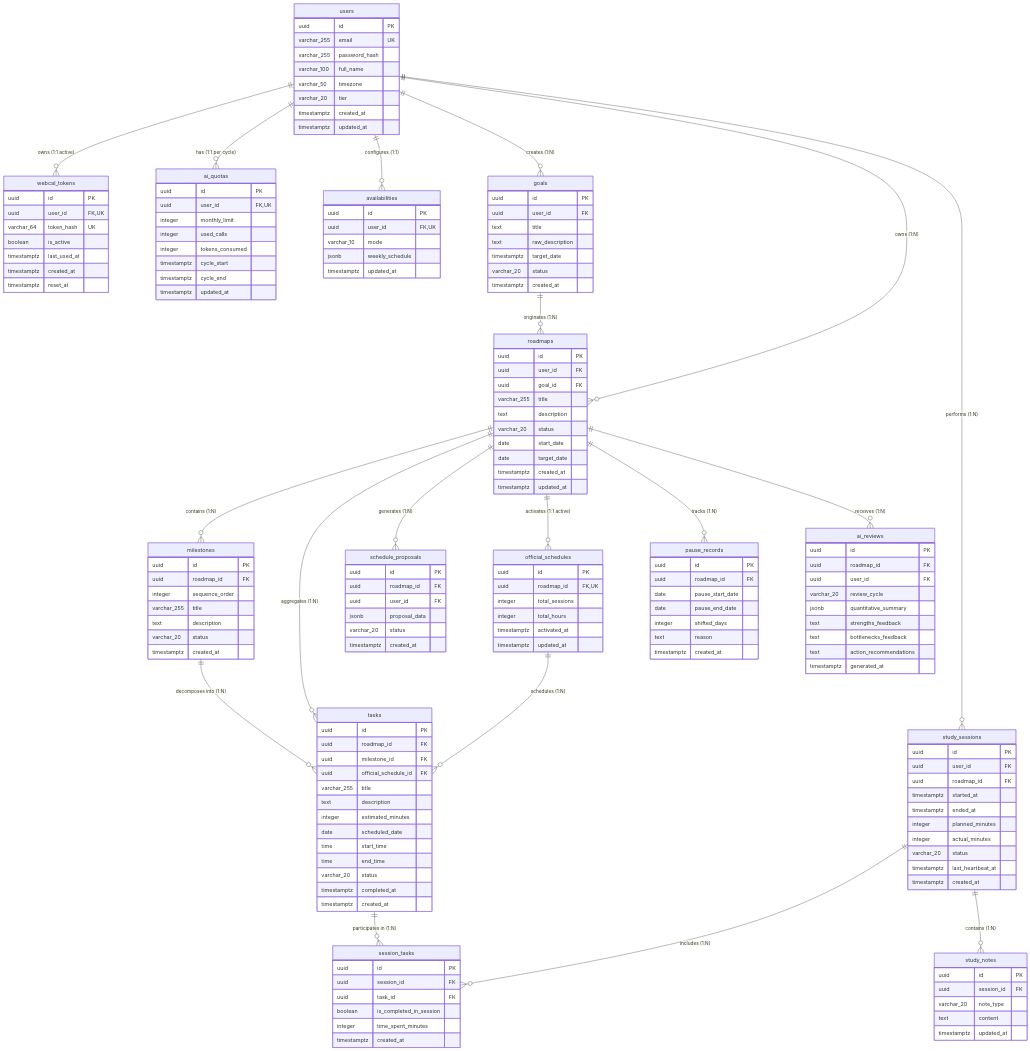
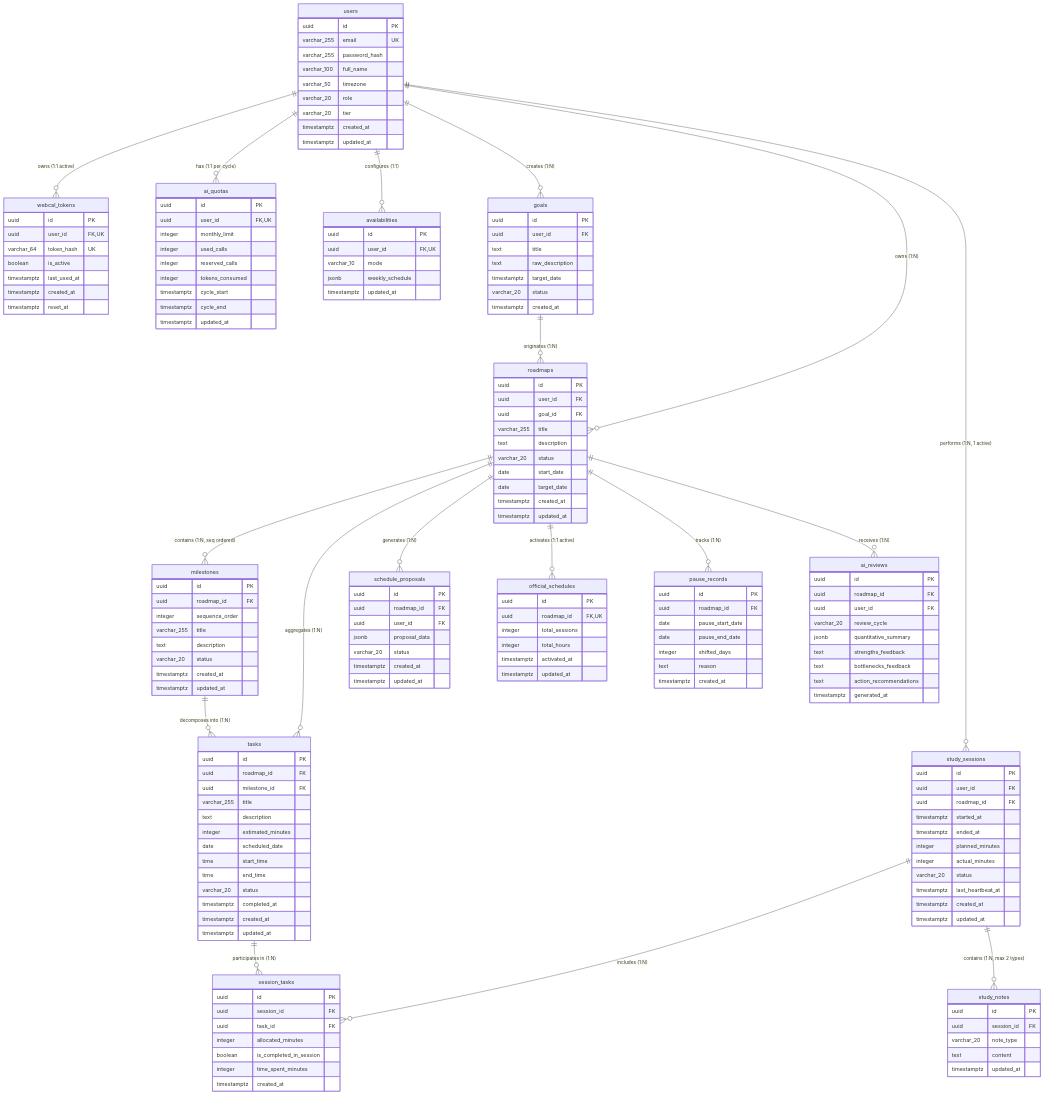
One commit to Coffat/FocusFlow changed the diagram in docs/database/database-schema-design.md. Above: the diagram before and after it, drawn with Mermaid. The commit also changed other lines of this file and 2 other files, not shown here.

First line of the commit message:
feat(database): normalize PostgreSQL 16 schema to 3NF/BCNF with TaskStatus and constraints

```diff
--- a/docs/database/database-schema-design.md
+++ b/docs/database/database-schema-design.md
@@ -65,11 +70,11 @@
     users ||--o{ availabilities : "configures (1:1)"
     users ||--o{ goals : "creates (1:N)"
     users ||--o{ roadmaps : "owns (1:N)"
-    users ||--o{ study_sessions : "performs (1:N)"
+    users ||--o{ study_sessions : "performs (1:N, 1 active)"
     
     goals ||--o{ roadmaps : "originates (1:N)"
     
-    roadmaps ||--o{ milestones : "contains (1:N)"
+    roadmaps ||--o{ milestones : "contains (1:N, seq ordered)"
     roadmaps ||--o{ tasks : "aggregates (1:N)"
     roadmaps ||--o{ schedule_proposals : "generates (1:N)"
     roadmaps ||--o{ official_schedules : "activates (1:1 active)"
@@ -78,12 +83,10 @@
     
     milestones ||--o{ tasks : "decomposes into (1:N)"
     
-    official_schedules ||--o{ tasks : "schedules (1:N)"
-    
     study_sessions ||--o{ session_tasks : "includes (1:N)"
     tasks ||--o{ session_tasks : "participates in (1:N)"
     
-    study_sessions ||--o{ study_notes : "contains (1:N)"
+    study_sessions ||--o{ study_notes : "contains (1:N, max 2 types)"
 
     users {
         uuid id PK
@@ -91,6 +94,7 @@
         varchar_255 password_hash
         varchar_100 full_name
         varchar_50 timezone
+        varchar_20 role
         varchar_20 tier
         timestamptz created_at
         timestamptz updated_at
@@ -111,6 +115,7 @@
         uuid user_id FK,UK
         integer monthly_limit
         integer used_calls
+        integer reserved_calls
         integer tokens_consumed
         timestamptz cycle_start
         timestamptz cycle_end
@@ -156,6 +161,7 @@
         text description
         varchar_20 status
         timestamptz created_at
+        timestamptz updated_at
     }
 
     schedule_proposals {
@@ -165,6 +171,7 @@
         jsonb proposal_data
         varchar_20 status
         timestamptz created_at
+        timestamptz updated_at
     }
 
     official_schedules {
@@ -180,7 +187,6 @@
         uuid id PK
         uuid roadmap_id FK
         uuid milestone_id FK
-        uuid official_schedule_id FK
         varchar_255 title
         text description
         integer estimated_minutes
@@ -190,6 +196,7 @@
         varchar_20 status
         timestamptz completed_at
         timestamptz created_at
+        timestamptz updated_at
     }
 
     study_sessions {
@@ -203,12 +210,14 @@
         varchar_20 status
         timestamptz last_heartbeat_at
         timestamptz created_at
+        timestamptz updated_at
     }
 
     session_tasks {
         uuid id PK
         uuid session_id FK
         uuid task_id FK
+        integer allocated_minutes
         boolean is_completed_in_session
         integer time_spent_minutes
         timestamptz created_at
```
